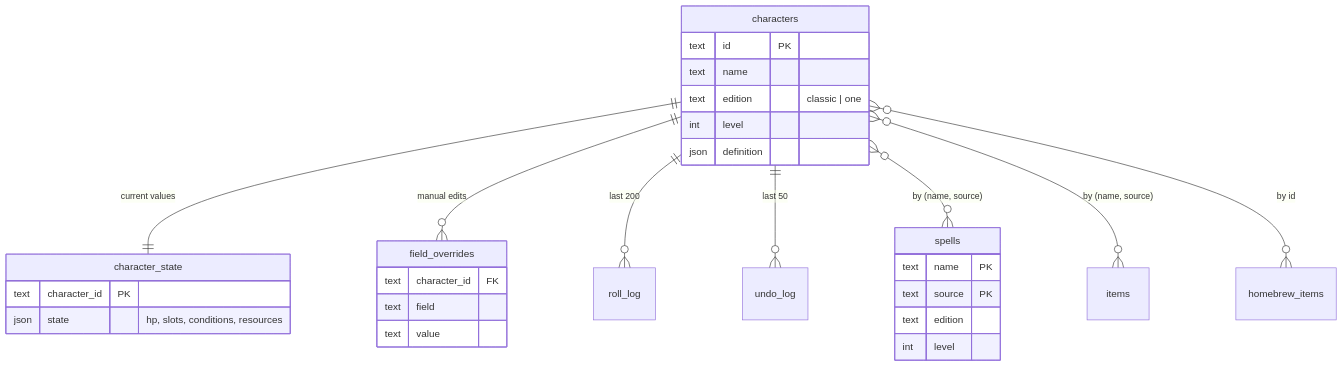
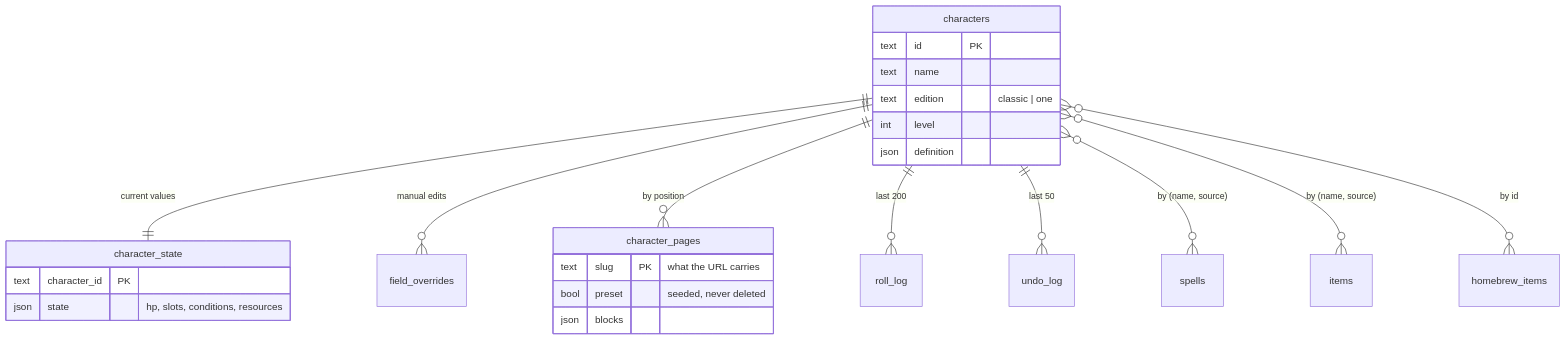
One commit to dean-matt/local-dnd-character-sheet changed the diagram in docs/data-model.md. Above: the diagram before and after it, drawn with Mermaid. The commit also changed other lines of this file and 15 other files, not shown here.

First line of the commit message:
feat(api): store a character's pages, seeded with the presets

````diff
--- a/docs/data-model.md
+++ b/docs/data-model.md
@@ -11,33 +11,28 @@
 ```mermaid
 erDiagram
     characters ||--|| character_state : "current values"
     characters ||--o{ field_overrides : "manual edits"
+    characters ||--o{ character_pages : "by position"
     characters ||--o{ roll_log : "last 200"
     characters ||--o{ undo_log : "last 50"
     characters }o--o{ spells : "by (name, source)"
     characters }o--o{ items : "by (name, source)"
     characters }o--o{ homebrew_items : "by id"
 
     characters {
         text id PK
         text name
         text edition "classic | one"
         int  level
         json definition
     }
     character_state {
         text character_id PK
         json state "hp, slots, conditions, resources"
     }
-    field_overrides {
-        text character_id FK
-        text field
-        text value
-    }
-    spells {
-        text name PK
-        text source PK
-        text edition
-        int  level
+    character_pages {
+        text slug PK "what the URL carries"
+        bool preset "seeded, never deleted"
+        json blocks
     }
 ```
````
